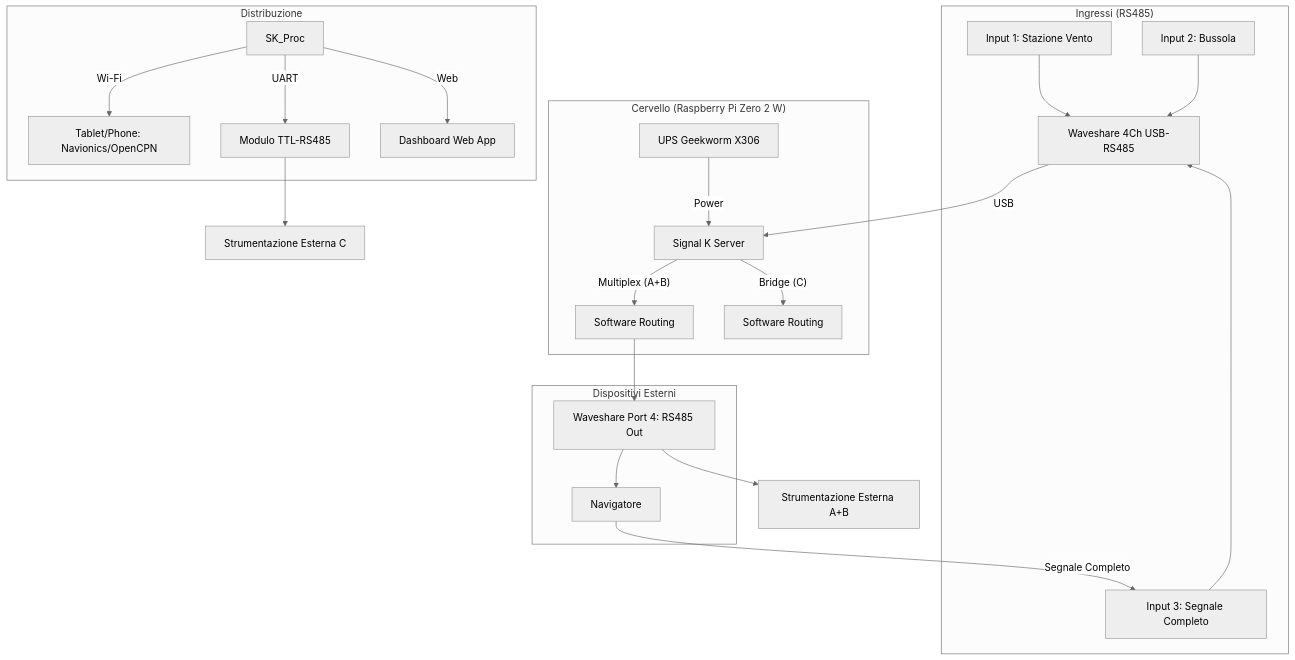
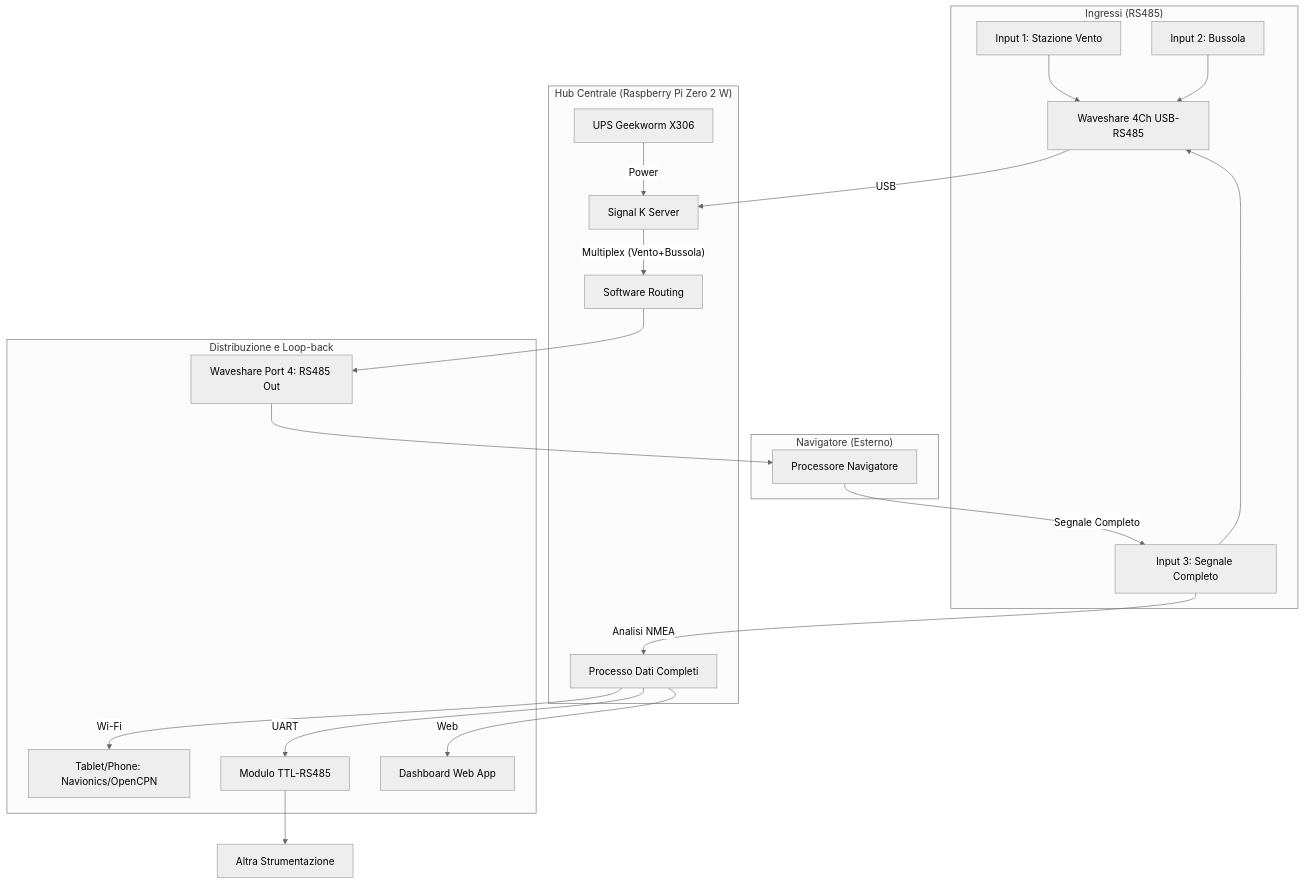
One commit to PZero/MamaoHub changed the diagram in README.md. Above: the diagram before and after it, drawn with Mermaid (neutral theme). The commit also changed other lines of this file, not shown here.

Commit message:
Update: Organized Navigatore as a dedicated subgraph in Mermaid

````diff
--- a/README.md
+++ b/README.md
@@ -11,30 +11,31 @@
 ```mermaid
 graph TD
     subgraph "Ingressi (RS485)"
         In1[Input 1: Stazione Vento] --> WS[Waveshare 4Ch USB-RS485]
         In2[Input 2: Bussola] --> WS
         In3[Input 3: Segnale Completo] --> WS
     end
 
-    subgraph "Cervello (Raspberry Pi Zero 2 W)"
+    subgraph "Hub Centrale (Raspberry Pi Zero 2 W)"
         WS -- USB --> SK[Signal K Server]
         UPS[UPS Geekworm X306] -- Power --> SK
-        SK -- "Multiplex (A+B)" --> SK_Out1[Software Routing]
-        SK -- "Bridge (C)" --> SK_Out2[Software Routing]
+        SK -- "Multiplex (Vento+Bussola)" --> SK_Out1[Software Routing]
+        SK_Proc[Processo Dati Completi]
     end
 
-    subgraph "Dispositivi Esterni"
-        WS_Out[Waveshare Port 4: RS485 Out] --> Nav[Navigatore]
-        Nav -- "Segnale Completo" --> In3
+    subgraph "Navigatore (Esterno)"
+        Nav[Processore Navigatore]
     end
 
-    subgraph "Distribuzione"
-        SK_Out1 --> WS_Out
+    subgraph "Distribuzione e Loop-back"
+        SK_Out1 --> WS_Out[Waveshare Port 4: RS485 Out]
+        WS_Out --> Nav
+        Nav -- "Segnale Completo" --> In3
+        In3 -- "Analisi NMEA" --> SK_Proc
         SK_Proc -- Wi-Fi --> Tab[Tablet/Phone: Navionics/OpenCPN]
         SK_Proc -- UART --> TTL[Modulo TTL-RS485]
         SK_Proc -- Web --> Dash[Dashboard Web App]
     end
 
-    TTL --> Ext1[Strumentazione Esterna C]
-    WS_Out --> Ext2[Strumentazione Esterna A+B]
+    TTL --> Ext1[Altra Strumentazione]
 ```
````
